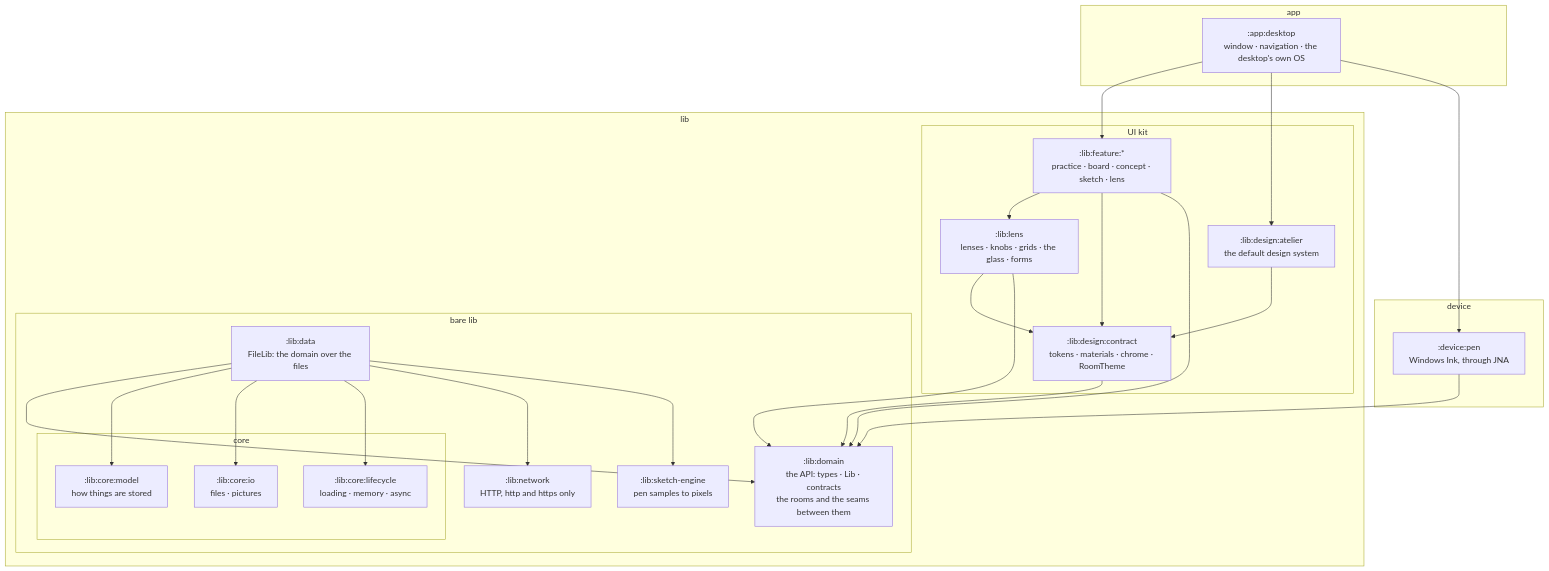
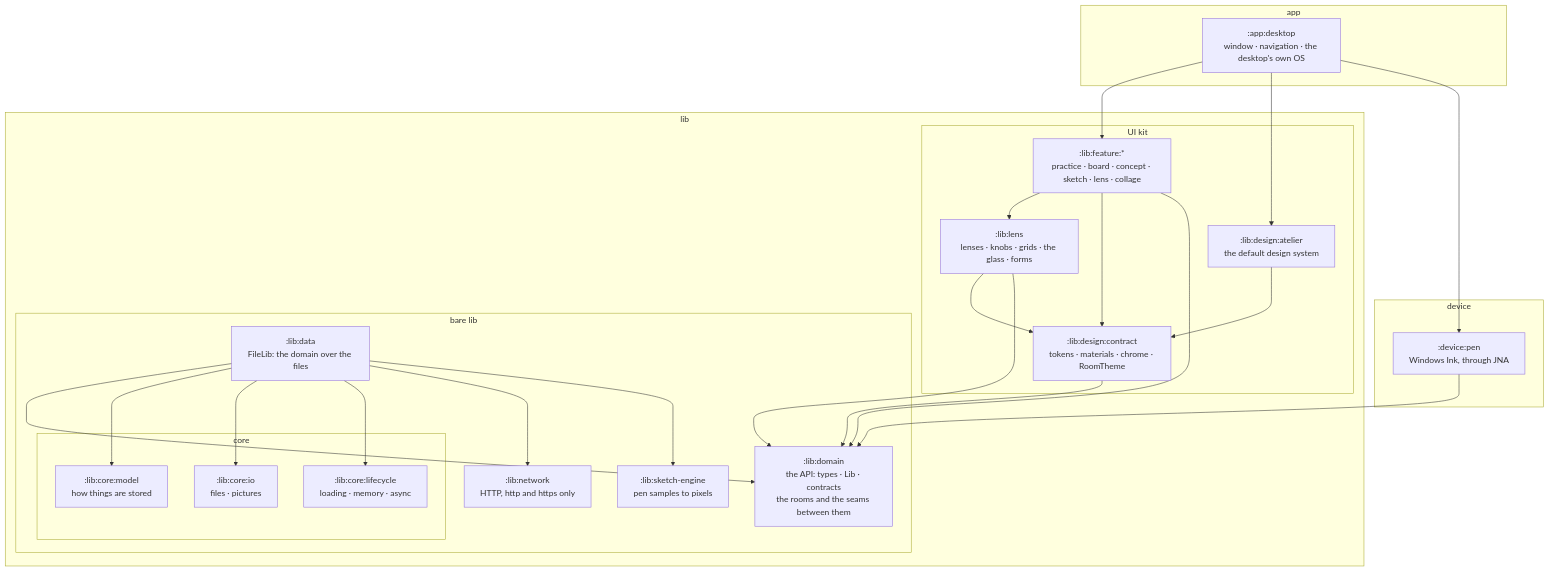
The first of 2 diagrams in docs/Architecture.md (cwellm/ActionDraw), drawn with Mermaid before and after one commit. The commit also changed other lines of this file and 40 other files, not shown here.

````diff
--- a/docs/Architecture.md
+++ b/docs/Architecture.md
@@ -18,45 +18,45 @@
 ```mermaid
 flowchart TB
   subgraph APP["app"]
     desktop[":app:desktop<br/>window · navigation · the desktop's own OS"]
   end
   subgraph DEVICE["device"]
     pen[":device:pen<br/>Windows Ink, through JNA"]
   end
   subgraph LIB["lib"]
     subgraph UI["UI kit"]
-      features[":lib:feature:*<br/>practice · board · concept · sketch · lens"]
+      features[":lib:feature:*<br/>practice · board · concept · sketch · lens · collage"]
       lens[":lib:lens<br/>lenses · knobs · grids · the glass · forms"]
       atelier[":lib:design:atelier<br/>the default design system"]
       contract[":lib:design:contract<br/>tokens · materials · chrome · RoomTheme"]
     end
     subgraph BARE["bare lib"]
       data[":lib:data<br/>FileLib: the domain over the files"]
       domain[":lib:domain<br/>the API: types · Lib · contracts<br/>the rooms and the seams between them"]
       network[":lib:network<br/>HTTP, http and https only"]
       engine[":lib:sketch-engine<br/>pen samples to pixels"]
       subgraph CORE["core"]
         model[":lib:core:model<br/>how things are stored"]
         io[":lib:core:io<br/>files · pictures"]
         lifecycle[":lib:core:lifecycle<br/>loading · memory · async"]
       end
     end
   end
   desktop --> features
   desktop --> atelier
   desktop --> pen
   pen --> domain
   features --> lens
   features --> contract
   features --> domain
   lens --> contract
   lens --> domain
   atelier --> contract
   contract --> domain
   data --> domain
   data --> model
   data --> io
   data --> lifecycle
   data --> network
   data --> engine
 ```
````
